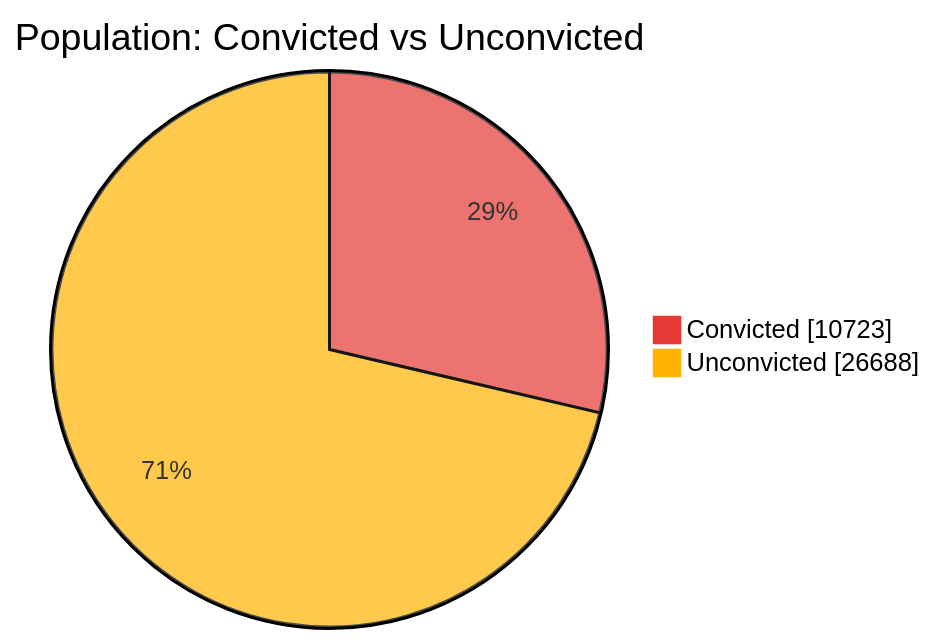
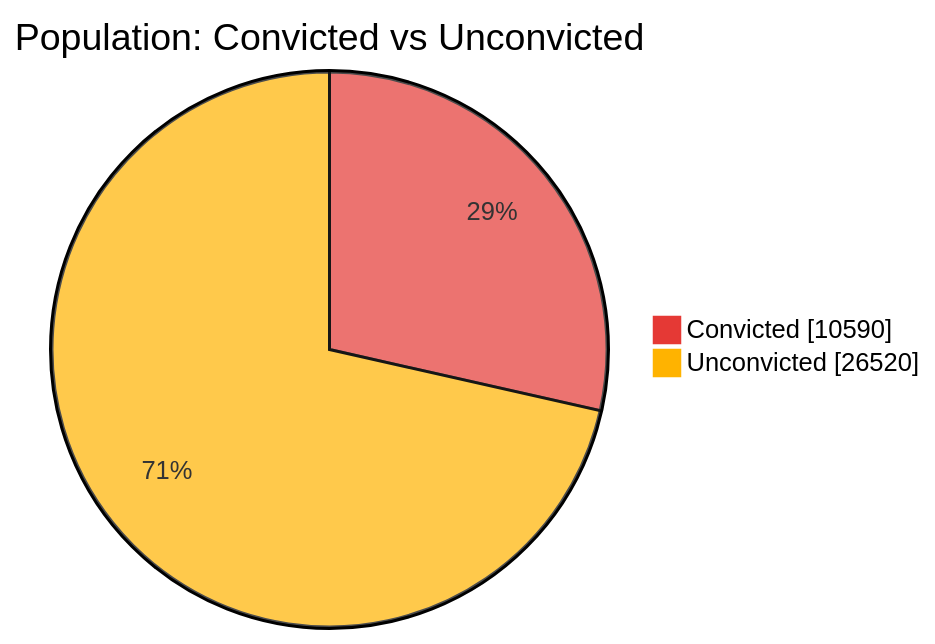
One commit to nuuuwan/lk_prisons changed the first of 7 diagrams in README.md. Above: the diagram before and after it, drawn with Mermaid. The commit also changed other lines of this file and 1 other file, not shown here.

````diff
--- a/README.md
+++ b/README.md
@@ -43,6 +43,6 @@
 ```mermaid
 %%{init: {'themeVariables': {'pie1': '#E53935', 'pie2': '#FFB300'}}}%%
 pie showData title Population: Convicted vs Unconvicted
-    "Convicted" : 10723
-    "Unconvicted" : 26688
+    "Convicted" : 10590
+    "Unconvicted" : 26520
 ```
````
